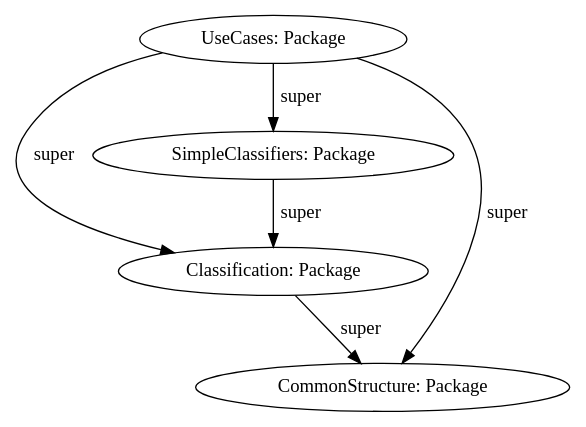
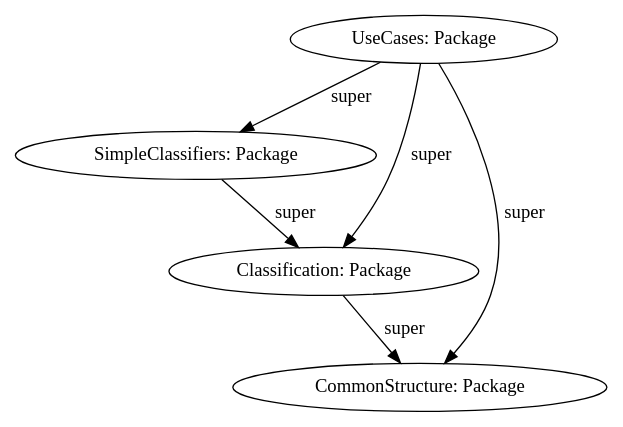
The diagram in research/org.sidiff.uml2.classification/slices/UML.UseCases.dot (manuelohrndorf/sidiff-lifting), drawn with Graphviz before and after one commit. The commit also changed 36 other files, not shown here.

Commit message:
update uml classification to set lower bound to 0

```diff
--- a/research/org.sidiff.uml2.classification/slices/UML.UseCases.dot
+++ b/research/org.sidiff.uml2.classification/slices/UML.UseCases.dot
@@ -1,14 +1,14 @@
 digraph{
 {style = filled
 shape = box
 }
-"ID46e32574" [label= "Classification: Package" style=solid fillcolor = white]
-"ID308d8de8" [label= "SimpleClassifiers: Package" style=solid fillcolor = white]
-"ID6888746c" [label= "UseCases: Package" style=solid fillcolor = white]
-"ID1a345c6c" [label= "CommonStructure: Package" style=solid fillcolor = white]
-ID6888746c -> ID1a345c6c [label = "super" style = solid color = black ]
-ID6888746c -> ID46e32574 [label = "super" style = solid color = black ]
-ID308d8de8 -> ID46e32574 [label = "super" style = solid color = black ]
-ID6888746c -> ID308d8de8 [label = "super" style = solid color = black ]
-ID46e32574 -> ID1a345c6c [label = "super" style = solid color = black ]
+"ID4f5ad6b7" [label= "SimpleClassifiers: Package" style=solid fillcolor = white]
+"ID3bb186b" [label= "Classification: Package" style=solid fillcolor = white]
+"ID4a2bc71f" [label= "CommonStructure: Package" style=solid fillcolor = white]
+"ID2d5b549b" [label= "UseCases: Package" style=solid fillcolor = white]
+ID2d5b549b -> ID4a2bc71f [label = "super" style = solid color = black ]
+ID2d5b549b -> ID3bb186b [label = "super" style = solid color = black ]
+ID3bb186b -> ID4a2bc71f [label = "super" style = solid color = black ]
+ID4f5ad6b7 -> ID3bb186b [label = "super" style = solid color = black ]
+ID2d5b549b -> ID4f5ad6b7 [label = "super" style = solid color = black ]
 }
```
